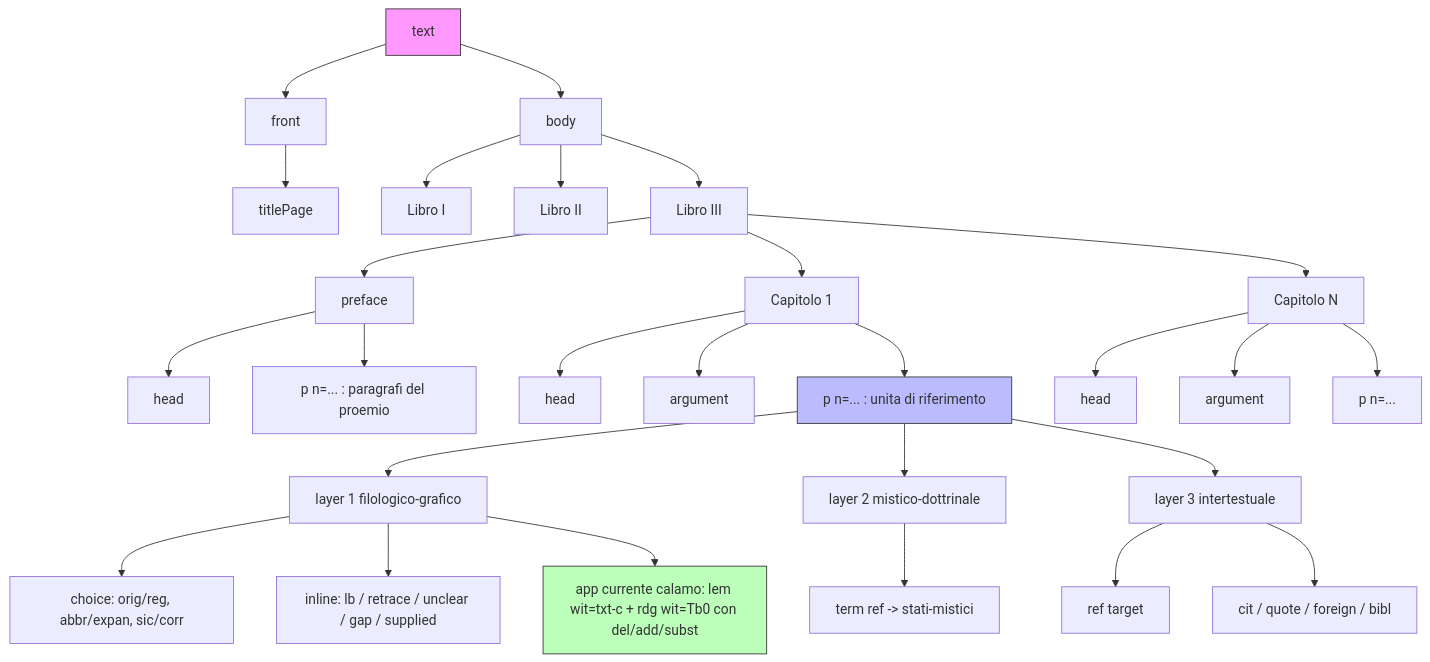
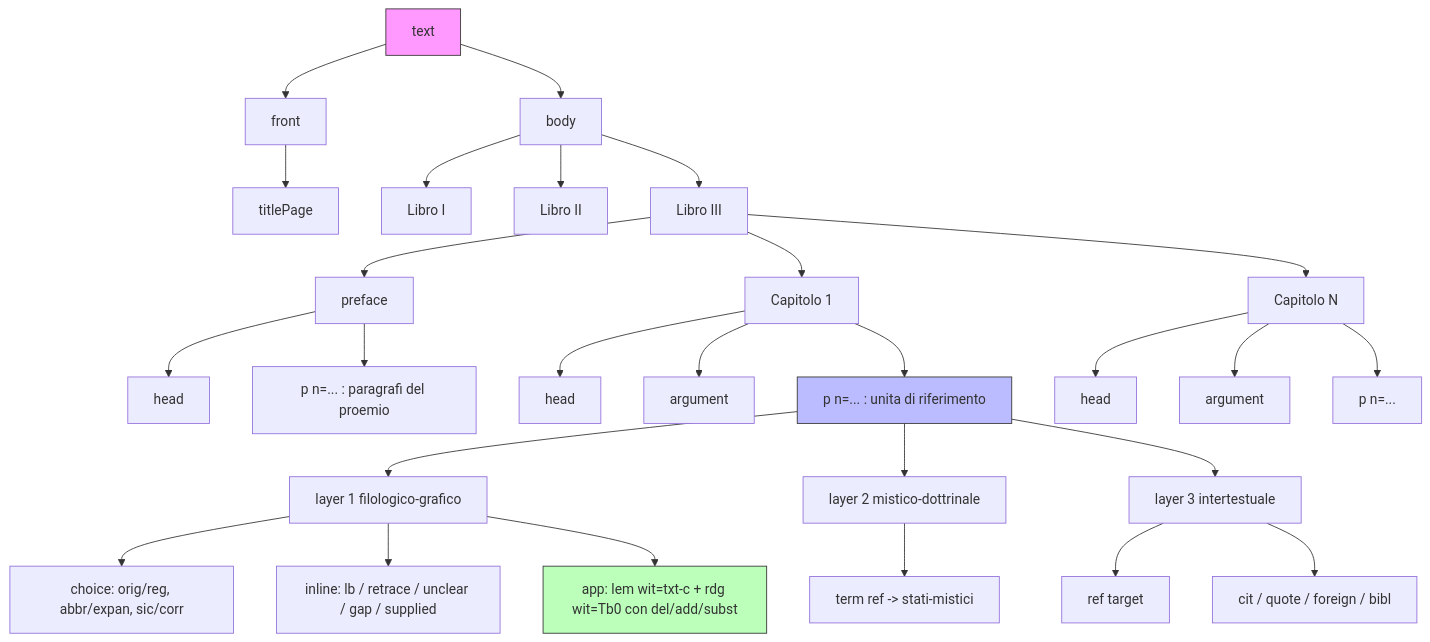
The diagram in tei-model/text/model-text-diagramma.md (luciano-longo77/castello-dell-anima-edizione), drawn with Mermaid before and after one commit.

Commit message:
Fix formatting of app attribute in model-text-diagramma

````diff
--- a/tei-model/text/model-text-diagramma.md
+++ b/tei-model/text/model-text-diagramma.md
@@ -1,43 +1,43 @@
 ```mermaid
 graph TD
   text[text] --> front[front]
   text --> body[body]
 
   front --> titlePage[titlePage]
   %% listWit / listPerson / listBibl NON stanno nel front: sono dichiarati nel teiHeader
 
   body --> libro1[Libro I]
   body --> libro2[Libro II]
   body --> libro3[Libro III]
 
   libro3 --> preface[preface]
   libro3 --> cap1[Capitolo 1]
   libro3 --> capN[Capitolo N]
 
   preface --> headPref[head]
   preface --> pPref[p n=... : paragrafi del proemio]
 
   cap1 --> head1[head]
   cap1 --> argument1[argument]
   cap1 --> paragraphs1[p n=... : unita di riferimento]
 
   capN --> headN[head]
   capN --> argumentN[argument]
   capN --> paragraphsN[p n=...]
 
   %% Dentro <p>: i tre layer, nessun seg/@ana interpretativo
   paragraphs1 --> L1[layer 1 filologico-grafico]
   paragraphs1 --> L2[layer 2 mistico-dottrinale]
   paragraphs1 --> L3[layer 3 intertestuale]
 
   L1 --> choice[choice: orig/reg, abbr/expan, sic/corr]
   L1 --> material[inline: lb / retrace / unclear / gap / supplied]
-  L1 --> app[app currente calamo: lem wit=txt-c + rdg wit=Tb0 con del/add/subst]
+  L1 --> app[app: lem wit=txt-c + rdg wit=Tb0 con del/add/subst]
   L2 --> term[term ref -> stati-mistici]
   L3 --> ref[ref target]
   L3 --> cit[cit / quote / foreign / bibl]
 
   style text fill:#f9f,stroke:#333
   style paragraphs1 fill:#bbf,stroke:#333
   style app fill:#bfb,stroke:#333
 ```
````
